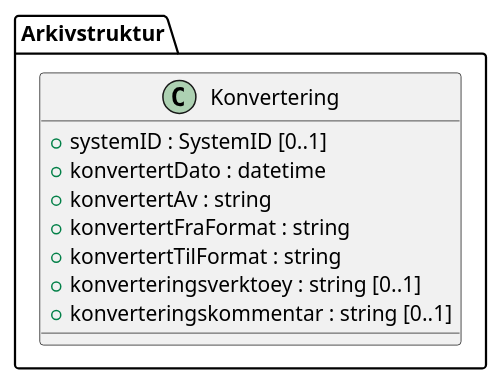
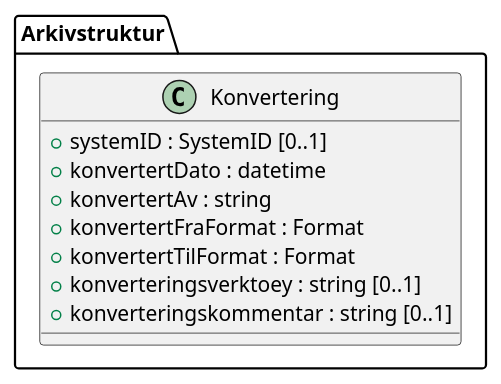
Before and after one commit to arkivverket/noark5-tjenestegrensesnitt-standard: the diagram in kapitler/media/uml-class-konvertering.iuml, drawn with PlantUML. The commit also changed 2 other files, not shown here.

Commit message:
Oppdaterte UML fra kapittel 7.

```diff
--- a/kapitler/media/uml-class-konvertering.iuml
+++ b/kapitler/media/uml-class-konvertering.iuml
@@ -1,11 +1,11 @@
 @startuml
 class Arkivstruktur.Konvertering {
   +systemID : SystemID [0..1]
   +konvertertDato : datetime
   +konvertertAv : string
-  +konvertertFraFormat : string
-  +konvertertTilFormat : string
+  +konvertertFraFormat : Format
+  +konvertertTilFormat : Format
   +konverteringsverktoey : string [0..1]
   +konverteringskommentar : string [0..1]
 }
 @enduml
```
